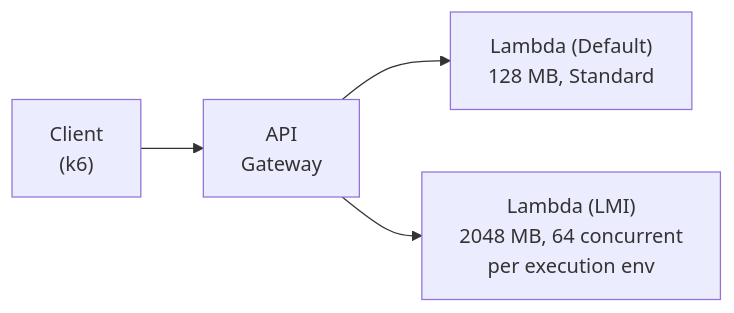
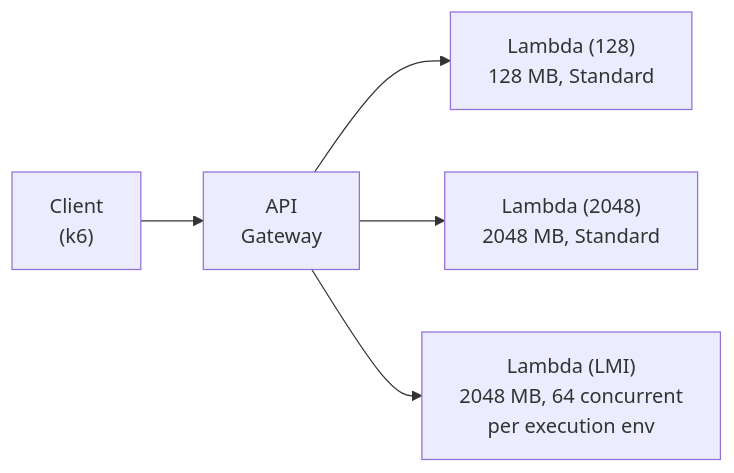
Before and after one commit to alessandrobologna/rust-lmi-demo: the diagram in README.md, drawn with Mermaid. The commit also changed other lines of this file and 13 other files, not shown here.

````diff
--- a/README.md
+++ b/README.md
@@ -18,6 +19,7 @@
 ```mermaid
 flowchart LR
     Client["Client<br/>(k6)"] --> API["API<br/>Gateway"]
-    API --> Default["Lambda (Default)<br/>128 MB, Standard"]
+    API --> Lambda128["Lambda (128)<br/>128 MB, Standard"]
+    API --> Lambda2048["Lambda (2048)<br/>2048 MB, Standard"]
     API --> LMI["Lambda (LMI)<br/>2048 MB, 64 concurrent<br/>per execution env"]
 ```
````
